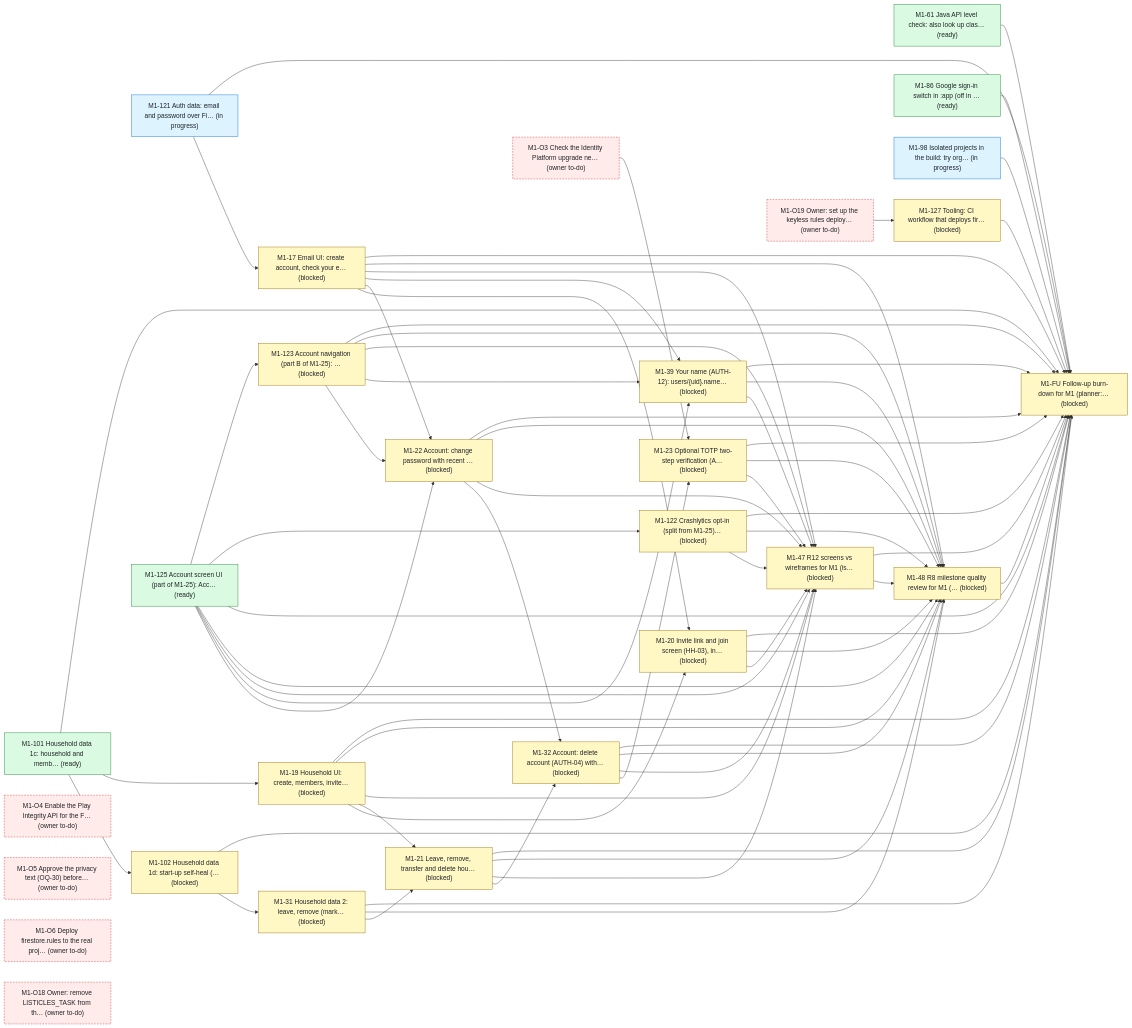
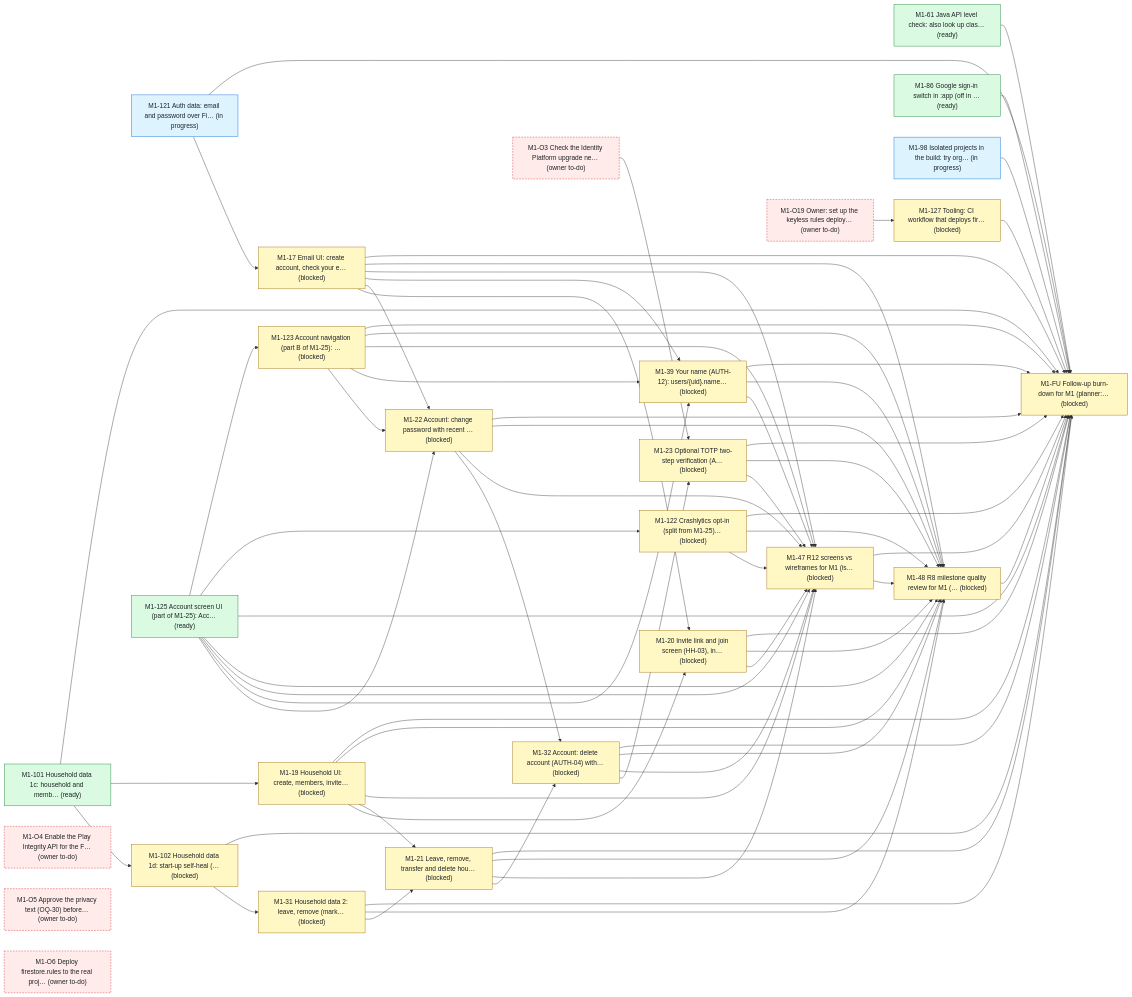
The first of 4 diagrams in status.md (bondo/listicles2), drawn with Mermaid before and after one commit. The commit also changed other lines of this file and 3 other files, not shown here.

```diff
--- a/status.md
+++ b/status.md
@@ -275,12 +275,11 @@
     n19["M1-O6 Deploy firestore.rules to the real proj… (owner to-do)"]:::owner
     n20["M1-86 Google sign-in switch in :app (off in … (ready)"]:::ready
     n21["M1-98 Isolated projects in the build: try org… (in progress)"]:::progress
-    n22["M1-O18 Owner: remove LISTICLES_TASK from th… (owner to-do)"]:::owner
-    n23["M1-122 Crashlytics opt-in (split from M1-25)… (blocked)"]:::blocked
-    n24["M1-123 Account navigation (part B of M1-25): … (blocked)"]:::blocked
-    n25["M1-125 Account screen UI (part of M1-25): Acc… (ready)"]:::ready
-    n26["M1-O19 Owner: set up the keyless rules deploy… (owner to-do)"]:::owner
-    n27["M1-127 Tooling: CI workflow that deploys fir… (blocked)"]:::blocked
+    n22["M1-122 Crashlytics opt-in (split from M1-25)… (blocked)"]:::blocked
+    n23["M1-123 Account navigation (part B of M1-25): … (blocked)"]:::blocked
+    n24["M1-125 Account screen UI (part of M1-25): Acc… (ready)"]:::ready
+    n25["M1-O19 Owner: set up the keyless rules deploy… (owner to-do)"]:::owner
+    n26["M1-127 Tooling: CI workflow that deploys fir… (blocked)"]:::blocked
     n0 --> n1
     n2 --> n3
     n3 --> n4
@@ -290,24 +289,24 @@
     n5 --> n7
     n4 --> n7
     n1 --> n8
-    n25 --> n8
     n24 --> n8
+    n23 --> n8
     n8 --> n9
     n7 --> n9
     n9 --> n10
     n16 --> n10
     n1 --> n12
-    n25 --> n12
     n24 --> n12
+    n23 --> n12
     n1 --> n13
     n5 --> n13
     n6 --> n13
     n7 --> n13
     n8 --> n13
     n10 --> n13
+    n22 --> n13
     n23 --> n13
     n24 --> n13
-    n25 --> n13
     n9 --> n13
     n12 --> n13
     n1 --> n14
@@ -316,19 +315,19 @@
     n7 --> n14
     n8 --> n14
     n10 --> n14
+    n22 --> n14
     n23 --> n14
     n24 --> n14
-    n25 --> n14
     n4 --> n14
     n9 --> n14
     n12 --> n14
     n13 --> n14
+    n22 --> n15
     n23 --> n15
     n24 --> n15
-    n25 --> n15
     n21 --> n15
     n0 --> n15
-    n27 --> n15
+    n26 --> n15
     n1 --> n15
     n5 --> n15
     n6 --> n15
@@ -344,9 +343,9 @@
     n20 --> n15
     n2 --> n15
     n3 --> n15
-    n25 --> n23
-    n25 --> n24
-    n26 --> n27
+    n24 --> n22
+    n24 --> n23
+    n25 --> n26
     classDef ready fill:#dafbe1,stroke:#1a7f37,color:#1f2328
     classDef progress fill:#ddf4ff,stroke:#0969da,color:#1f2328
     classDef blocked fill:#fff8c5,stroke:#9a6700,color:#1f2328
```
